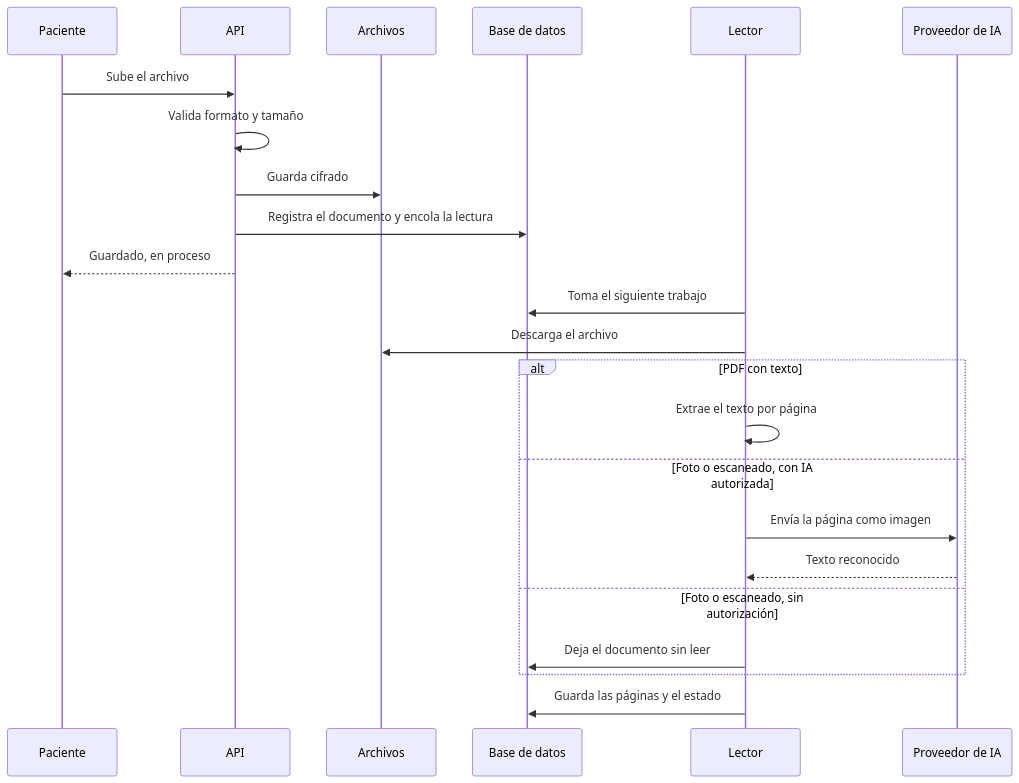
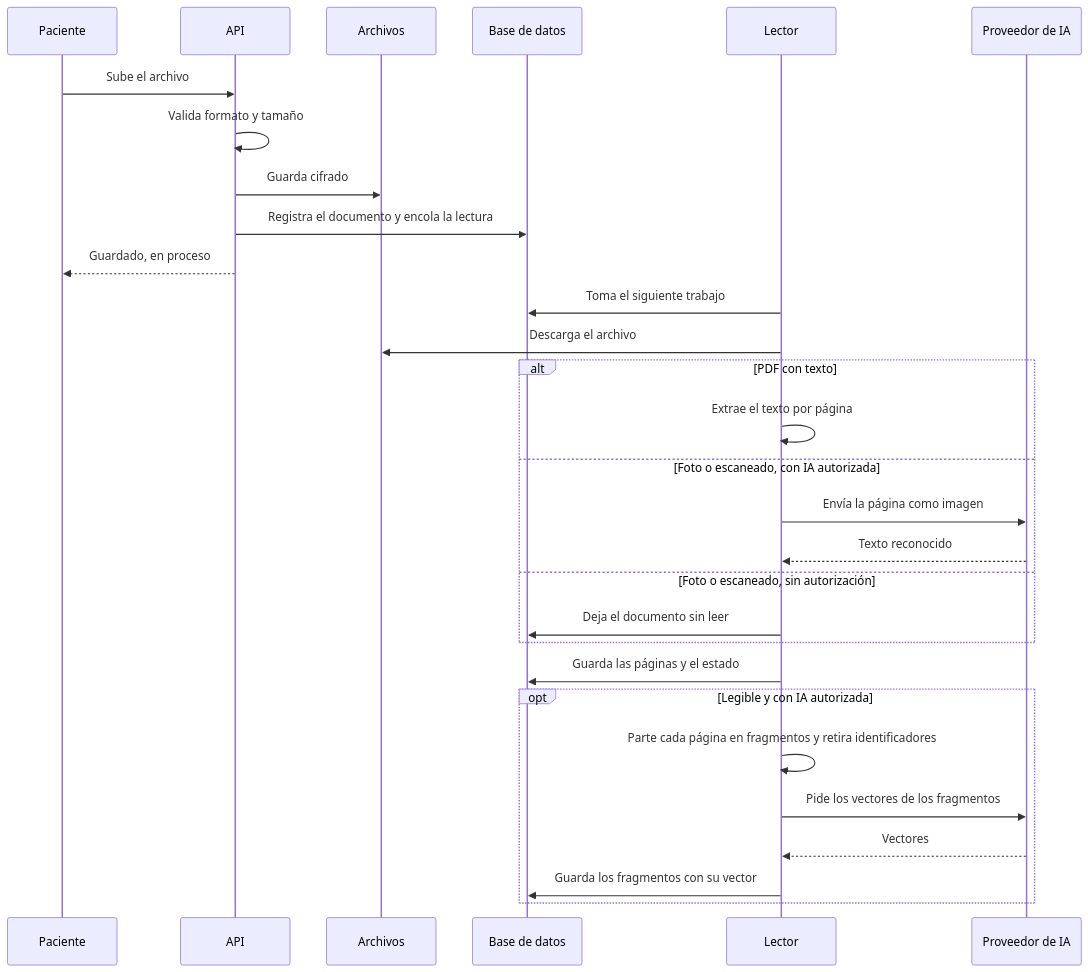
The seventh of 14 diagrams in diseno/06-diagramas-de-arquitectura.md (JAOSjavi/vitalia), drawn with Mermaid before and after one commit. The commit also changed other lines of this file and 19 other files, not shown here.

````diff
--- a/diseno/06-diagramas-de-arquitectura.md
+++ b/diseno/06-diagramas-de-arquitectura.md
@@ -185,27 +185,33 @@
 ```mermaid
 sequenceDiagram
     participant P as Paciente
     participant A as API
     participant S as Archivos
     participant B as Base de datos
     participant L as Lector
     participant I as Proveedor de IA
 
     P->>A: Sube el archivo
     A->>A: Valida formato y tamaño
     A->>S: Guarda cifrado
     A->>B: Registra el documento y encola la lectura
     A-->>P: Guardado, en proceso
 
     L->>B: Toma el siguiente trabajo
     L->>S: Descarga el archivo
     alt PDF con texto
         L->>L: Extrae el texto por página
     else Foto o escaneado, con IA autorizada
         L->>I: Envía la página como imagen
         I-->>L: Texto reconocido
     else Foto o escaneado, sin autorización
         L->>B: Deja el documento sin leer
     end
     L->>B: Guarda las páginas y el estado
+    opt Legible y con IA autorizada
+        L->>L: Parte cada página en fragmentos y retira identificadores
+        L->>I: Pide los vectores de los fragmentos
+        I-->>L: Vectores
+        L->>B: Guarda los fragmentos con su vector
+    end
 ```
````
